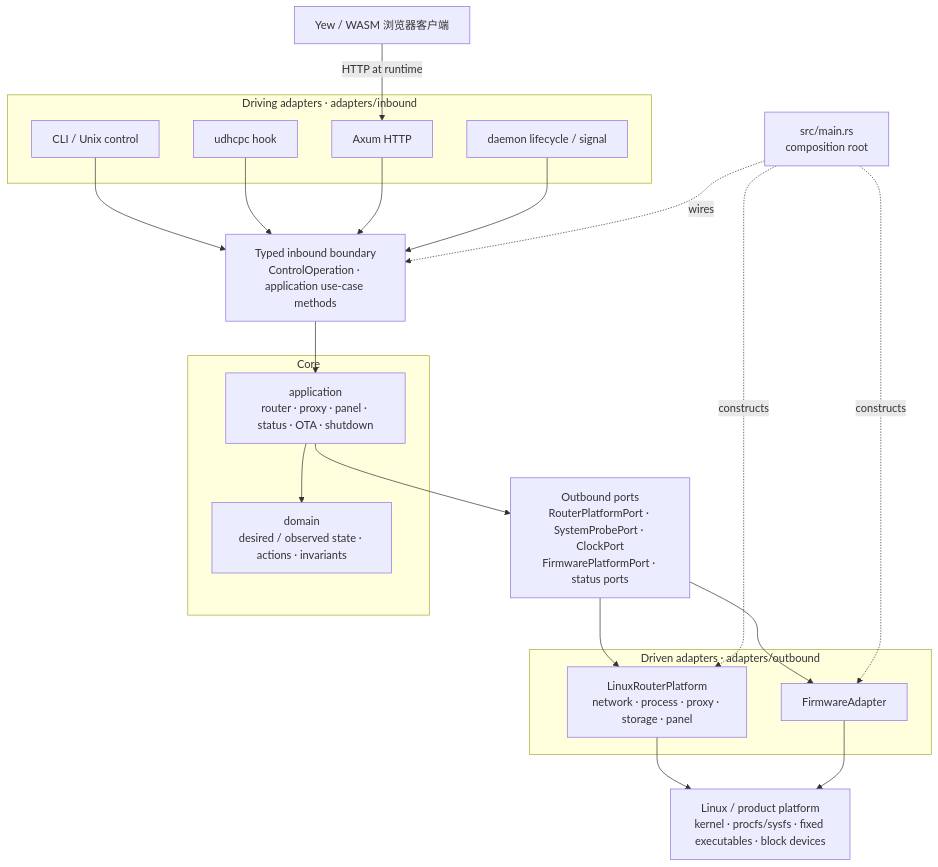
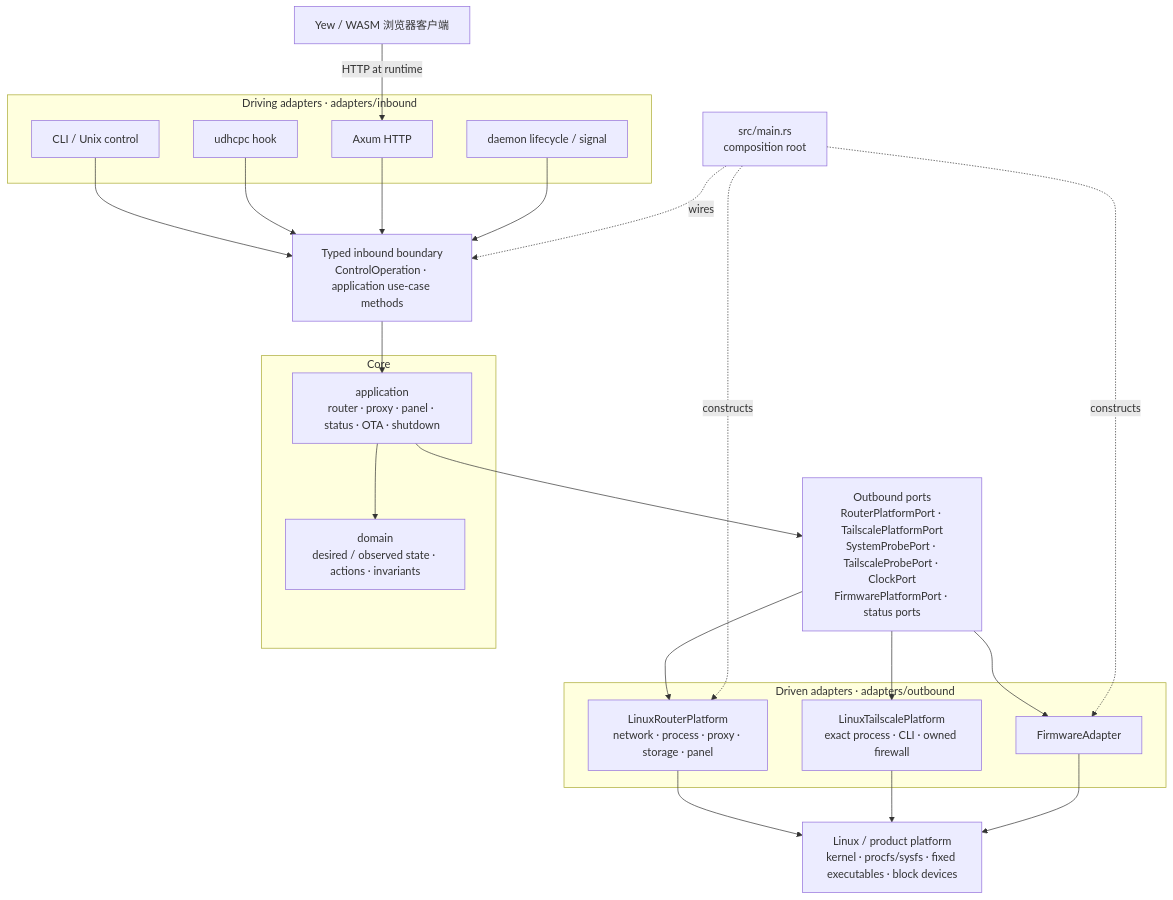
Before and after one commit to hyz-rk3568-sdk/hyz-things: the second of 3 diagrams in docs/router.md, drawn with Mermaid. The commit also changed other lines of this file and 39 other files, not shown here.

Commit message:
feat(router): add managed Tailscale subnet access

````diff
--- a/docs/router.md
+++ b/docs/router.md
@@ -74,45 +74,48 @@
 ```mermaid
 flowchart TB
     Web["Yew / WASM 浏览器客户端"]
 
     subgraph Driving["Driving adapters · adapters/inbound"]
         CLI["CLI / Unix control"]
         DHCP["udhcpc hook"]
         HTTP["Axum HTTP"]
         Lifecycle["daemon lifecycle / signal"]
     end
 
     Inbound["Typed inbound boundary<br/>ControlOperation · application use-case methods"]
 
     subgraph Core["Core"]
         Application["application<br/>router · proxy · panel · status · OTA · shutdown"]
         Domain["domain<br/>desired / observed state · actions · invariants"]
         Application --> Domain
     end
 
-    Outbound["Outbound ports<br/>RouterPlatformPort · SystemProbePort · ClockPort<br/>FirmwarePlatformPort · status ports"]
+    Outbound["Outbound ports<br/>RouterPlatformPort · TailscalePlatformPort<br/>SystemProbePort · TailscaleProbePort · ClockPort<br/>FirmwarePlatformPort · status ports"]
 
     subgraph Driven["Driven adapters · adapters/outbound"]
         Linux["LinuxRouterPlatform<br/>network · process · proxy · storage · panel"]
+        Tailscale["LinuxTailscalePlatform<br/>exact process · CLI · owned firewall"]
         Firmware["FirmwareAdapter"]
     end
 
     External["Linux / product platform<br/>kernel · procfs/sysfs · fixed executables · block devices"]
     Main["src/main.rs<br/>composition root"]
 
     Web -->|"HTTP at runtime"| HTTP
     CLI --> Inbound
     DHCP --> Inbound
     HTTP --> Inbound
     Lifecycle --> Inbound
     Inbound --> Application
     Application --> Outbound
     Outbound --> Linux
+    Outbound --> Tailscale
     Outbound --> Firmware
     Linux --> External
+    Tailscale --> External
     Firmware --> External
 
     Main -. "wires" .-> Inbound
     Main -. "constructs" .-> Linux
     Main -. "constructs" .-> Firmware
 ```
````
